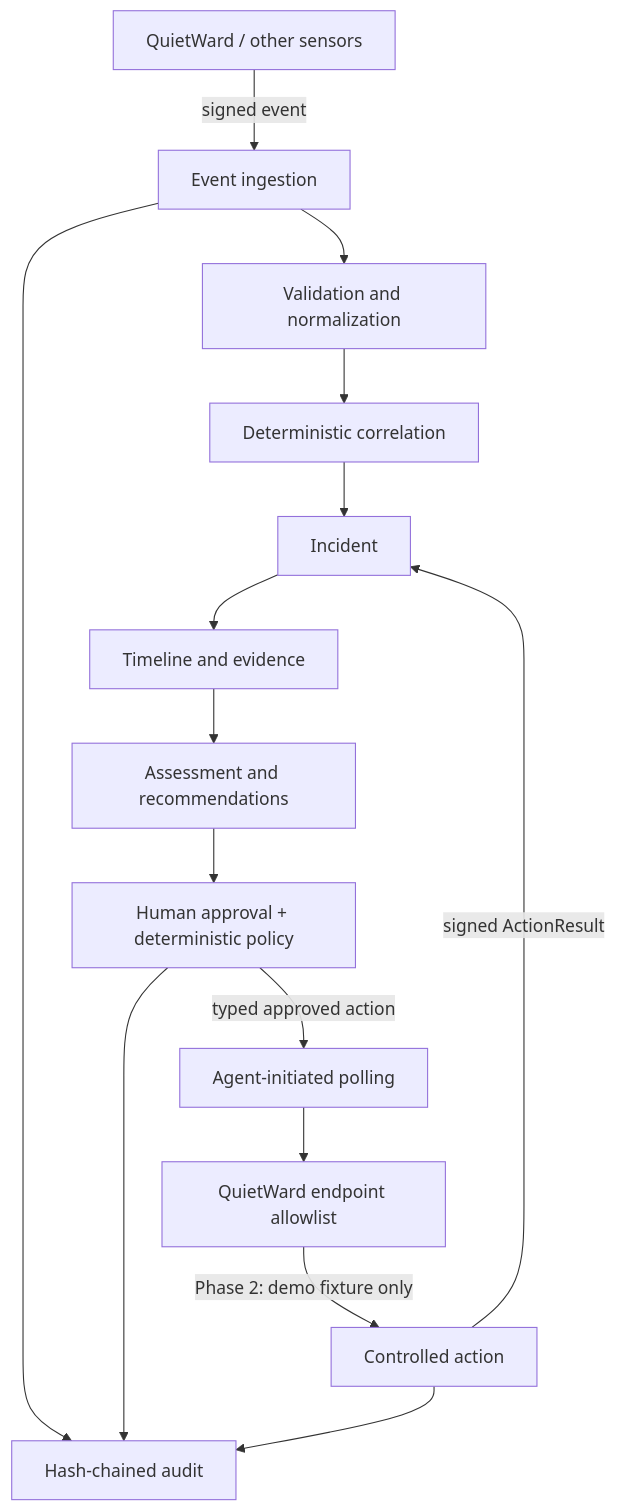
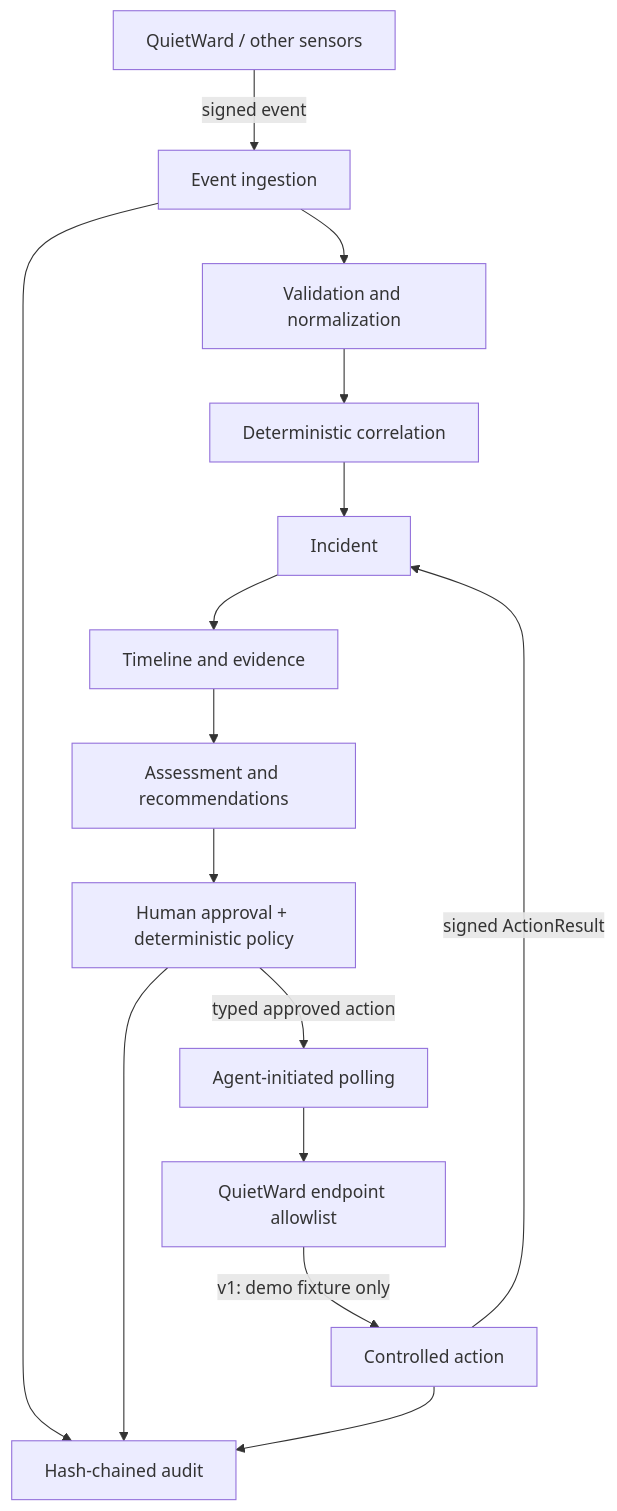
The diagram in README.md (LUKEcheadle-ship-it/quietward-response), drawn with Mermaid before and after one commit. The commit also changed other lines of this file, not shown here.

````diff
--- a/README.md
+++ b/README.md
@@ -18,17 +18,17 @@
 ```mermaid
 flowchart TD
     Q[QuietWard / other sensors] -->|signed event| I[Event ingestion]
     I --> N[Validation and normalization]
     N --> C[Deterministic correlation]
     C --> X[Incident]
     X --> T[Timeline and evidence]
     T --> R[Assessment and recommendations]
     R --> P[Human approval + deterministic policy]
     P -->|typed approved action| A[Agent-initiated polling]
     A --> E[QuietWard endpoint allowlist]
-    E -->|Phase 2: demo fixture only| Z[Controlled action]
+    E -->|v1: demo fixture only| Z[Controlled action]
     Z -->|signed ActionResult| X
     I --> U[Hash-chained audit]
     P --> U
     Z --> U
 ```
````
